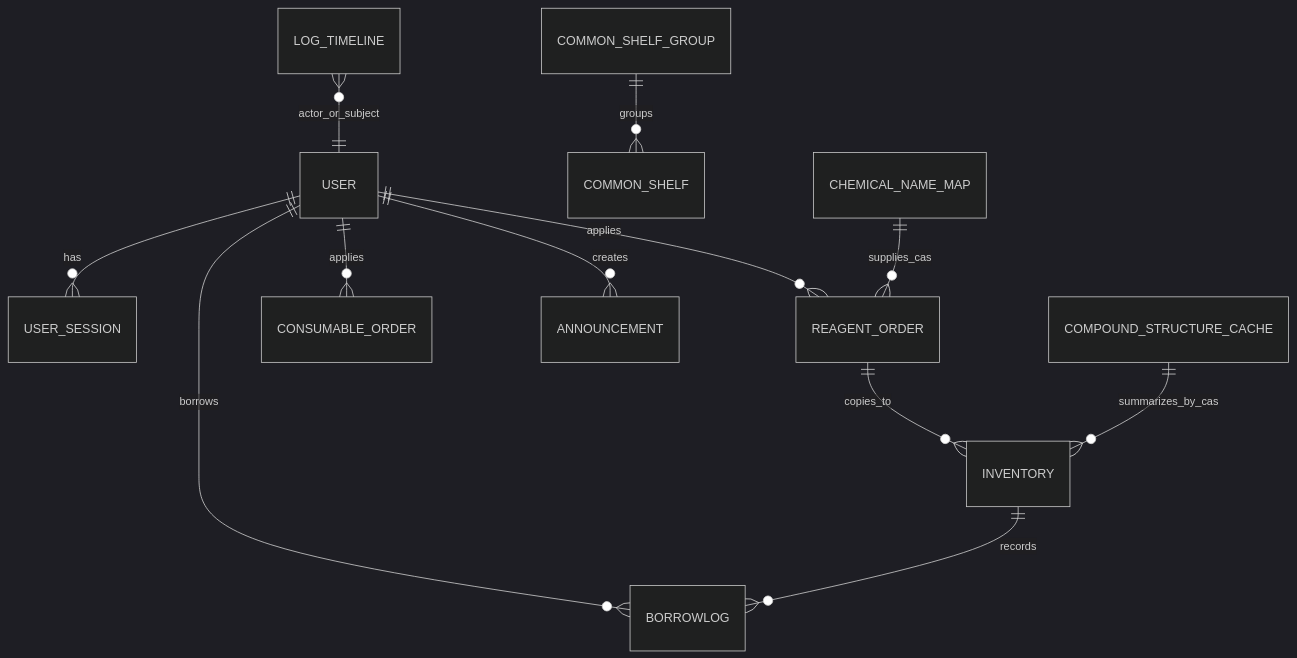
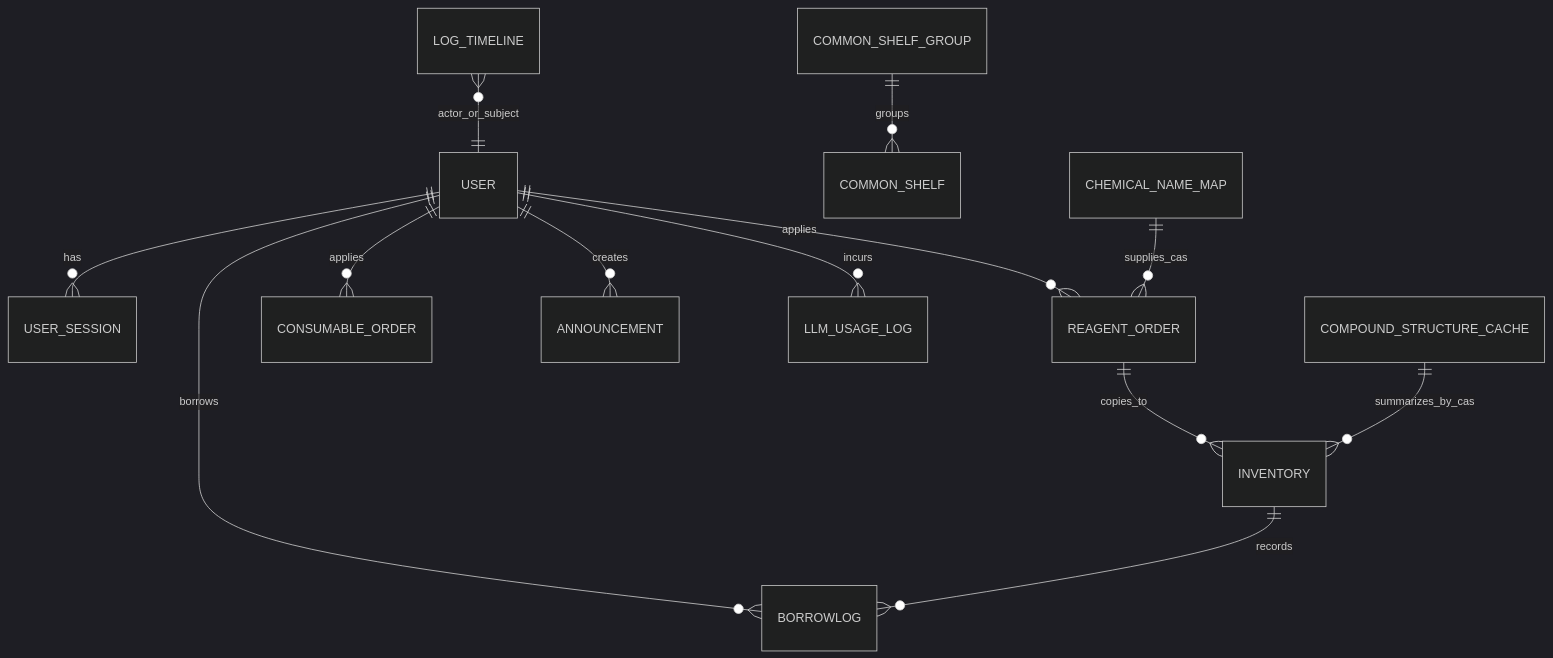
The diagram in wiki/database/data-model.md (hzb666/LabStorageManager), drawn with Mermaid (dark theme) before and after one commit. The commit also changed other lines of this file and 35 other files, not shown here.

````diff
--- a/wiki/database/data-model.md
+++ b/wiki/database/data-model.md
@@ -55,14 +57,15 @@
 ```mermaid
 erDiagram
     USER ||--o{ USER_SESSION : has
     USER ||--o{ REAGENT_ORDER : applies
     USER ||--o{ CONSUMABLE_ORDER : applies
     USER ||--o{ BORROWLOG : borrows
     USER ||--o{ ANNOUNCEMENT : creates
+    USER ||--o{ LLM_USAGE_LOG : incurs
     REAGENT_ORDER ||--o{ INVENTORY : copies_to
     INVENTORY ||--o{ BORROWLOG : records
     COMMON_SHELF_GROUP ||--o{ COMMON_SHELF : groups
     CHEMICAL_NAME_MAP ||--o{ REAGENT_ORDER : supplies_cas
     COMPOUND_STRUCTURE_CACHE ||--o{ INVENTORY : summarizes_by_cas
     LOG_TIMELINE }o--|| USER : actor_or_subject
 ```
````
